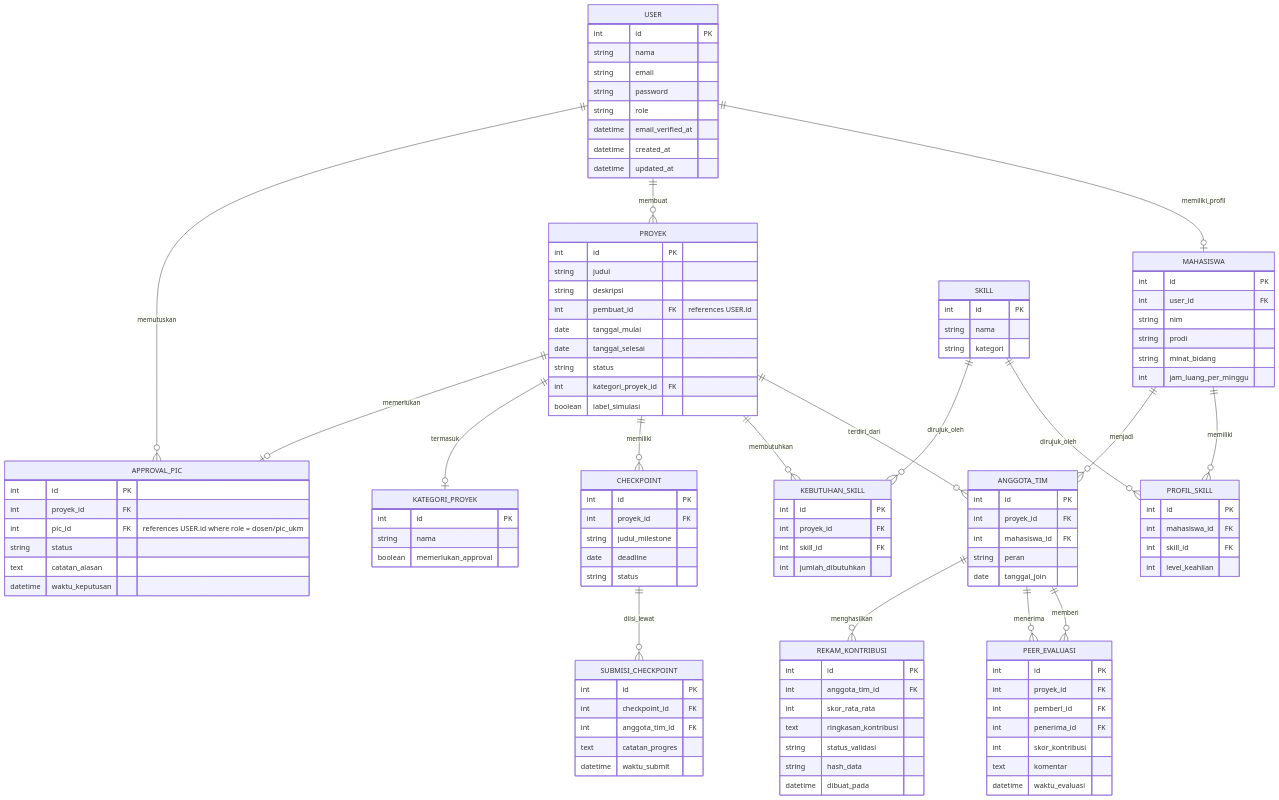
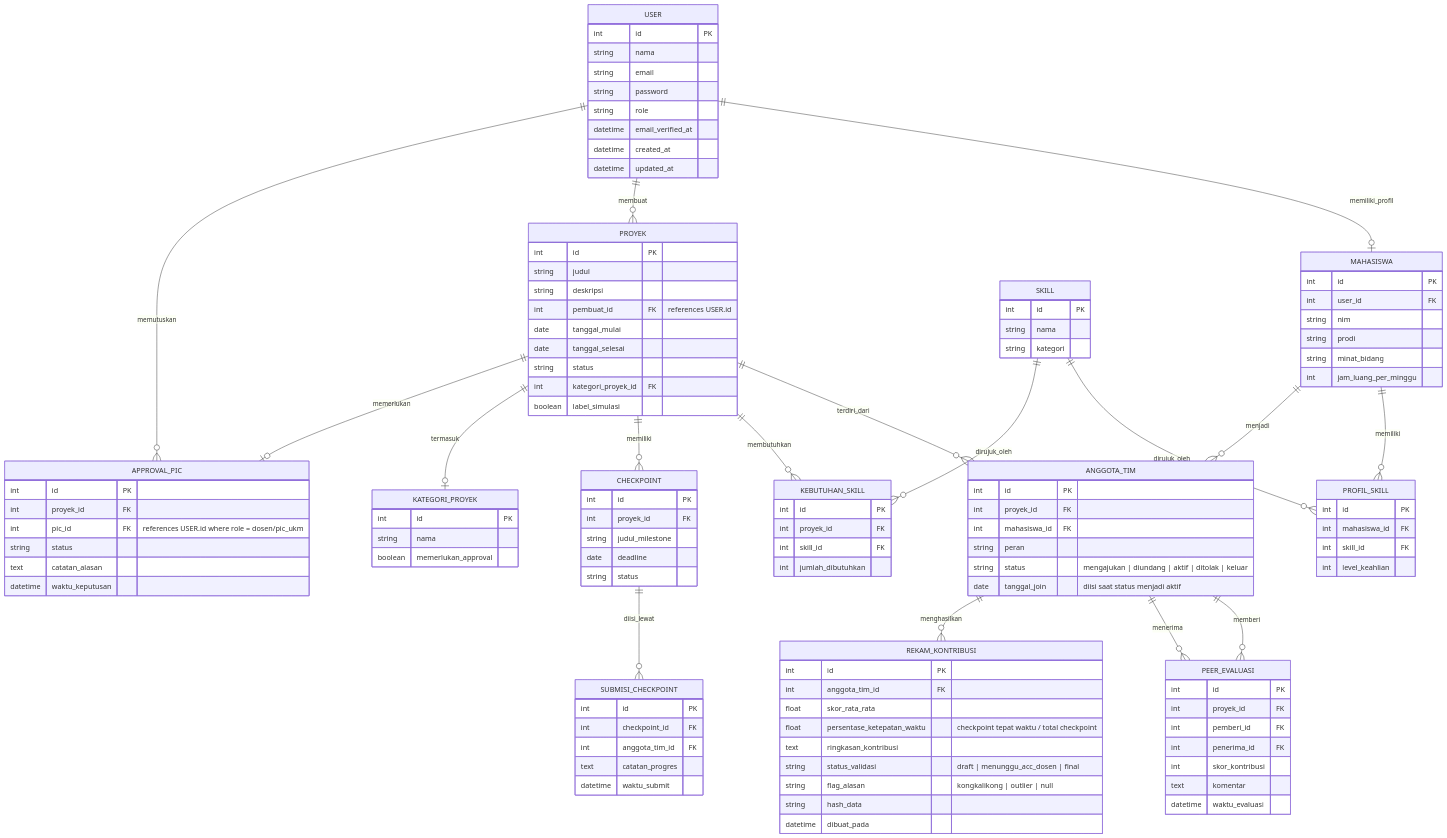
One commit to litelmurpi/fp-pprx_kapan_menang changed the second of 2 diagrams in PRD.md. Above: the diagram before and after it, drawn with Mermaid. The commit also changed other lines of this file and 13 other files, not shown here.

```diff
--- a/PRD.md
+++ b/PRD.md
@@ -560,7 +595,8 @@
     int proyek_id FK
     int mahasiswa_id FK
     string peran
-    date tanggal_join
+    string status "mengajukan | diundang | aktif | ditolak | keluar"
+    date tanggal_join "diisi saat status menjadi aktif"
   }
 
   CHECKPOINT {
@@ -592,9 +628,11 @@
   REKAM_KONTRIBUSI {
     int id PK
     int anggota_tim_id FK
-    int skor_rata_rata
+    float skor_rata_rata
+    float persentase_ketepatan_waktu "checkpoint tepat waktu / total checkpoint"
     text ringkasan_kontribusi
-    string status_validasi
+    string status_validasi "draft | menunggu_acc_dosen | final"
+    string flag_alasan "kongkalikong | outlier | null"
     string hash_data
     datetime dibuat_pada
   }
```
